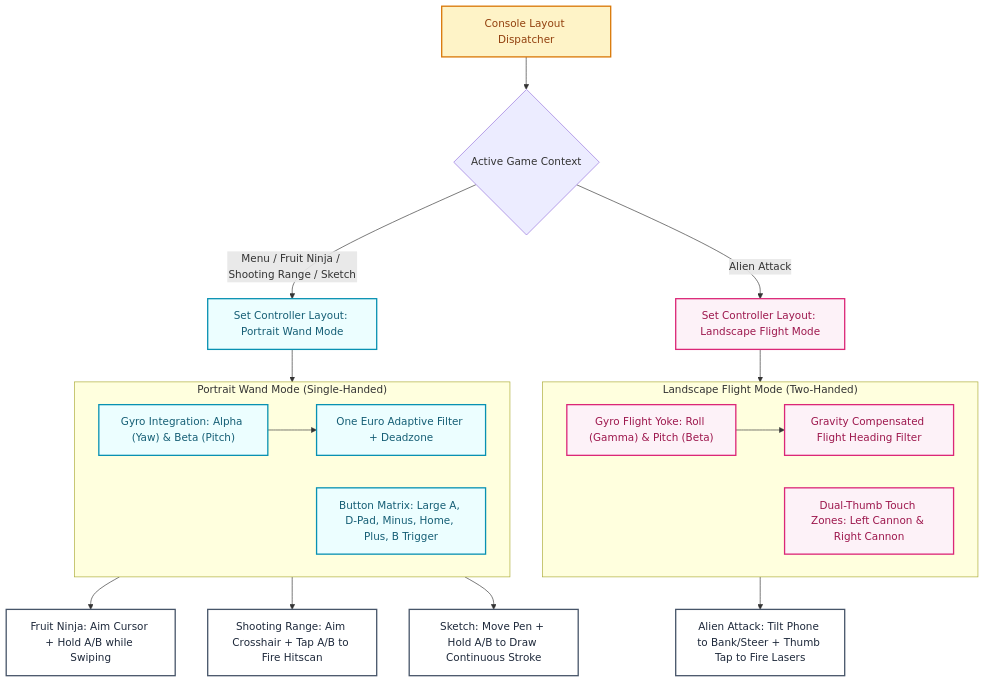
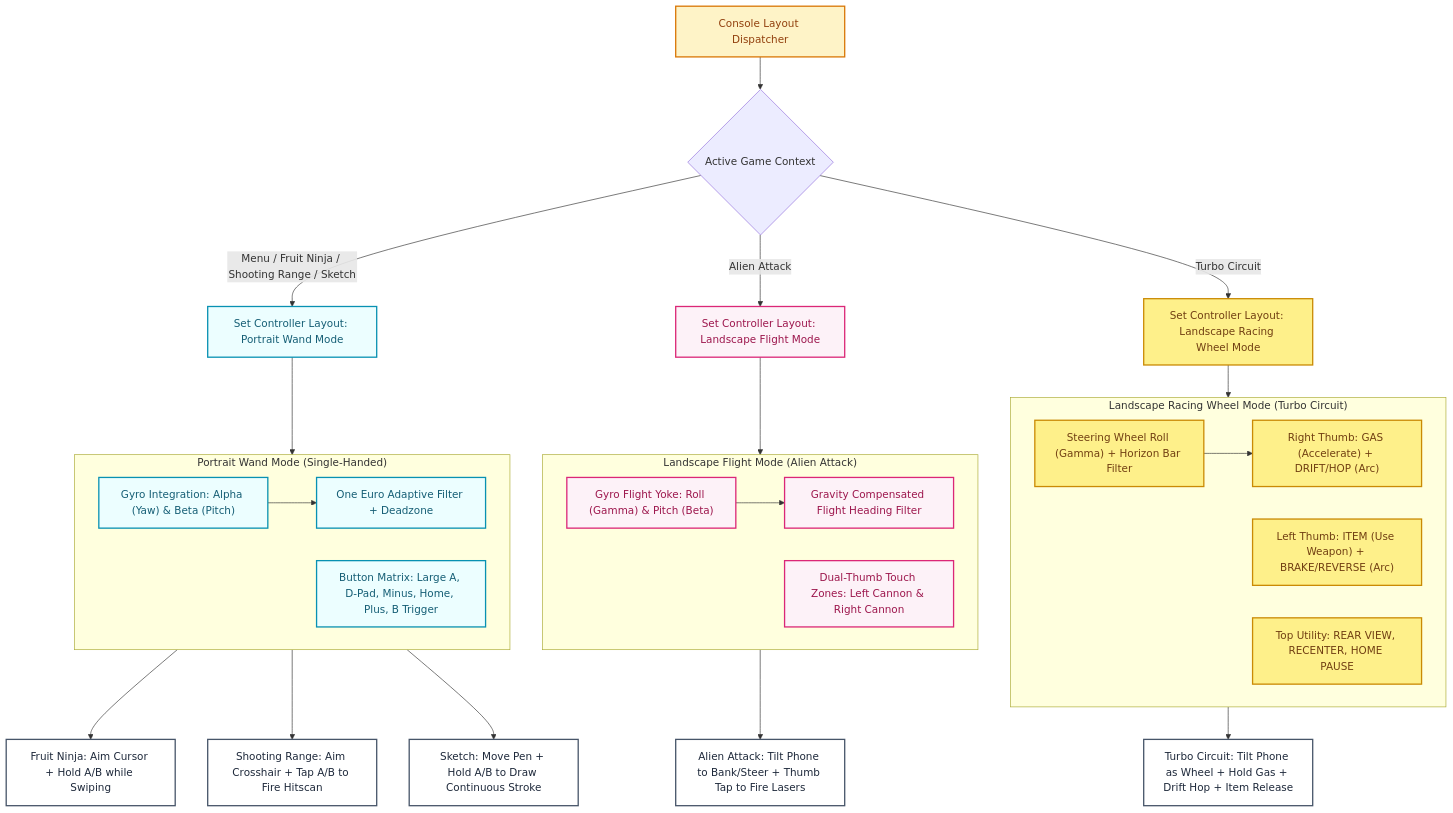
One commit to AdityaSurse/nimbusplay changed the second of 17 diagrams in docs/ARCHITECTURE.md. Above: the diagram before and after it, drawn with Mermaid. The commit also changed other lines of this file and 14 other files, not shown here.

````diff
--- a/docs/ARCHITECTURE.md
+++ b/docs/ARCHITECTURE.md
@@ -106,35 +111,47 @@
 ```mermaid
 flowchart TD
     %% Styling Classes
     classDef phoneStyle fill:#fef3c7,stroke:#d97706,stroke-width:2px,color:#92400e;
     classDef portraitStyle fill:#ecfeff,stroke:#0891b2,stroke-width:2px,color:#155e75;
     classDef landStyle fill:#fdf2f8,stroke:#db2777,stroke-width:2px,color:#9d174d;
+    classDef turboLandStyle fill:#fef08a,stroke:#ca8a04,stroke-width:2px,color:#713f12;
     classDef gameMap fill:#ffffff,stroke:#475569,stroke-width:2px,color:#1e293b;
 
     InboundMsg["Console Layout Dispatcher"]:::phoneStyle --> CheckGame{"Active Game Context"}
 
     CheckGame -- "Menu / Fruit Ninja / Shooting Range / Sketch" --> SetPortrait["Set Controller Layout: Portrait Wand Mode"]:::portraitStyle
-    CheckGame -- "Alien Attack" --> SetLandscape["Set Controller Layout: Landscape Flight Mode"]:::landStyle
+    CheckGame -- "Alien Attack" --> SetLandscapeFlight["Set Controller Layout: Landscape Flight Mode"]:::landStyle
+    CheckGame -- "Turbo Circuit" --> SetLandscapeRacing["Set Controller Layout: Landscape Racing Wheel Mode"]:::turboLandStyle
 
     subgraph PortraitMode["Portrait Wand Mode (Single-Handed)"]
         SensorsP["Gyro Integration: Alpha (Yaw) & Beta (Pitch)"]:::portraitStyle
         FilterP["One Euro Adaptive Filter + Deadzone"]:::portraitStyle
         TouchP["Button Matrix: Large A, D-Pad, Minus, Home, Plus, B Trigger"]:::portraitStyle
         SensorsP --> FilterP
     end
 
-    subgraph LandscapeMode["Landscape Flight Mode (Two-Handed)"]
+    subgraph LandscapeFlightMode["Landscape Flight Mode (Alien Attack)"]
         SensorsL["Gyro Flight Yoke: Roll (Gamma) & Pitch (Beta)"]:::landStyle
         FilterL["Gravity Compensated Flight Heading Filter"]:::landStyle
         TouchL["Dual-Thumb Touch Zones: Left Cannon & Right Cannon"]:::landStyle
         SensorsL --> FilterL
     end
 
+    subgraph LandscapeRacingMode["Landscape Racing Wheel Mode (Turbo Circuit)"]
+        SensorsR["Steering Wheel Roll (Gamma) + Horizon Bar Filter"]:::turboLandStyle
+        TouchRight["Right Thumb: GAS (Accelerate) + DRIFT/HOP (Arc)"]:::turboLandStyle
+        TouchLeft["Left Thumb: ITEM (Use Weapon) + BRAKE/REVERSE (Arc)"]:::turboLandStyle
+        TouchUtil["Top Utility: REAR VIEW, RECENTER, HOME PAUSE"]:::turboLandStyle
+        SensorsR --> TouchRight
+    end
+
     SetPortrait --> PortraitMode
-    SetLandscape --> LandscapeMode
+    SetLandscapeFlight --> LandscapeFlightMode
+    SetLandscapeRacing --> LandscapeRacingMode
 
     PortraitMode --> MapFN["Fruit Ninja: Aim Cursor + Hold A/B while Swiping"]:::gameMap
     PortraitMode --> MapSR["Shooting Range: Aim Crosshair + Tap A/B to Fire Hitscan"]:::gameMap
     PortraitMode --> MapSK["Sketch: Move Pen + Hold A/B to Draw Continuous Stroke"]:::gameMap
-    LandscapeMode --> MapAA["Alien Attack: Tilt Phone to Bank/Steer + Thumb Tap to Fire Lasers"]:::gameMap
+    LandscapeFlightMode --> MapAA["Alien Attack: Tilt Phone to Bank/Steer + Thumb Tap to Fire Lasers"]:::gameMap
+    LandscapeRacingMode --> MapTC["Turbo Circuit: Tilt Phone as Wheel + Hold Gas + Drift Hop + Item Release"]:::gameMap
 ```
````
